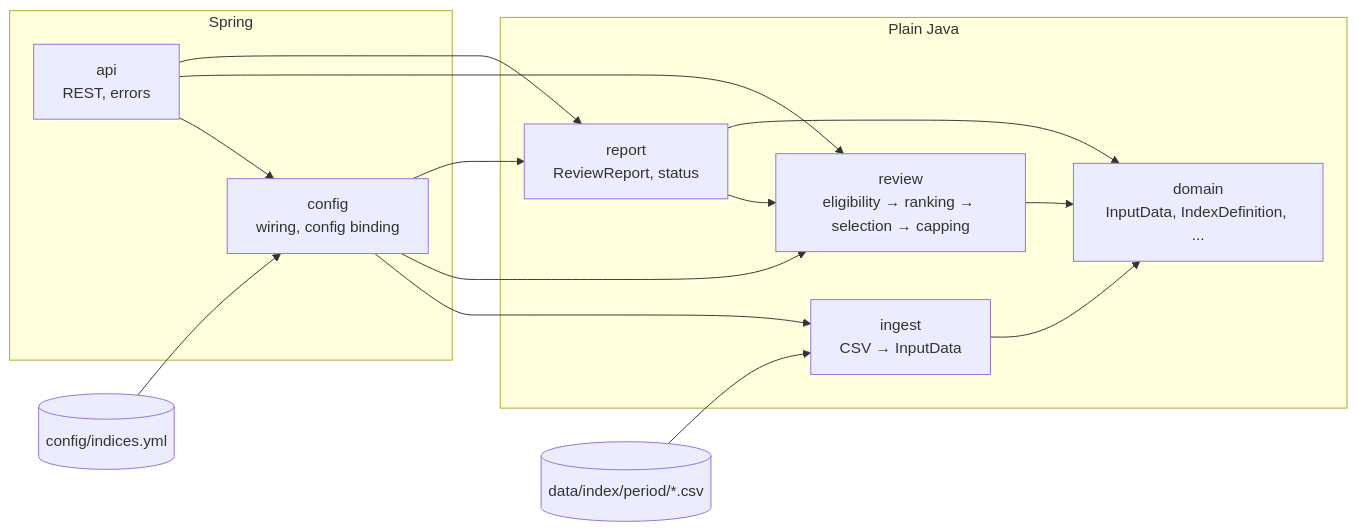
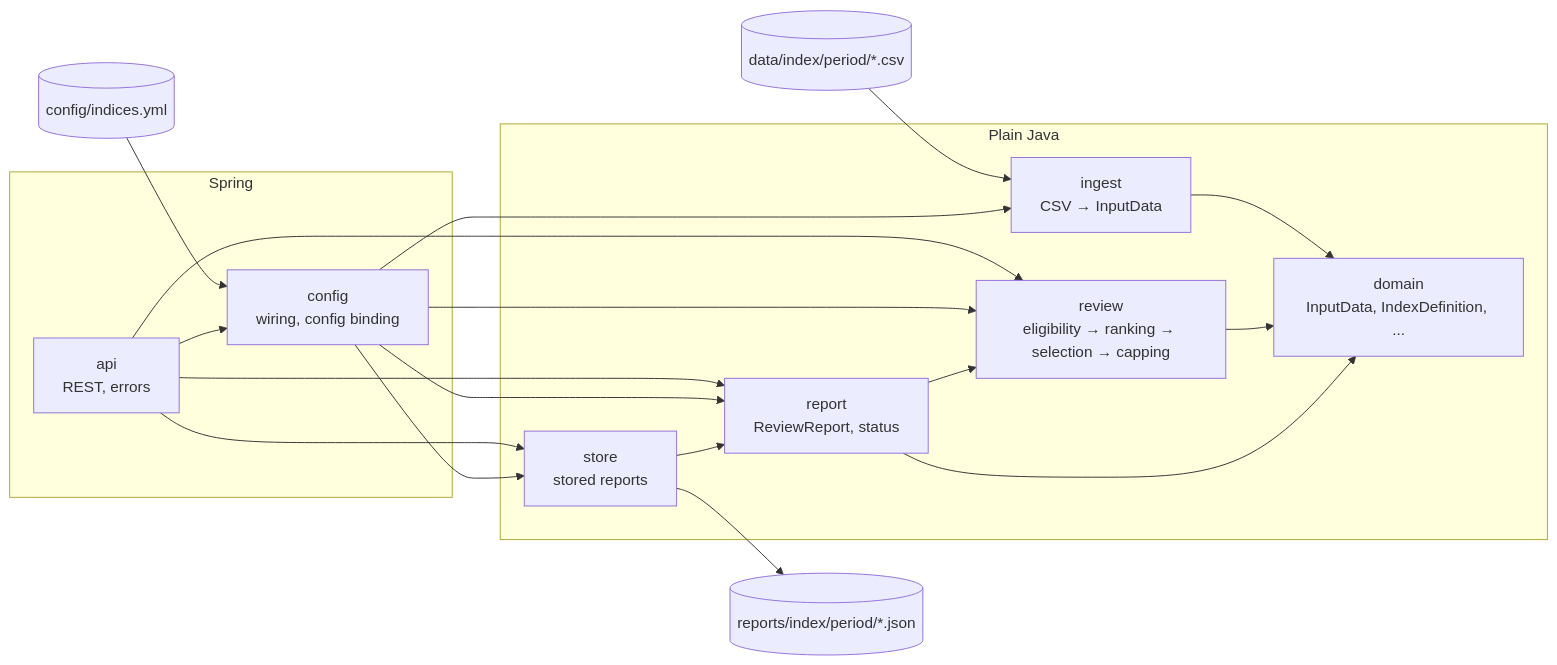
One commit to MarcMaetz/six-index changed the diagram in docs/DESIGN.md. Above: the diagram before and after it, drawn with Mermaid. The commit also changed other lines of this file and 4 other files, not shown here.

````diff
--- a/docs/DESIGN.md
+++ b/docs/DESIGN.md
@@ -19,25 +20,30 @@
 ```mermaid
 flowchart LR
     subgraph Spring
         api[api<br/>REST, errors]
         config[config<br/>wiring, config binding]
     end
     subgraph "Plain Java"
         ingest[ingest<br/>CSV → InputData]
         review[review<br/>eligibility → ranking → selection → capping]
         report[report<br/>ReviewReport, status]
+        store[store<br/>stored reports]
         domain[domain<br/>InputData, IndexDefinition, ...]
     end
     yml[(config/indices.yml)] --> config
     csv[(data/index/period/*.csv)] --> ingest
+    store --> json[(reports/index/period/*.json)]
     api --> config
     api --> review
     api --> report
+    api --> store
     config --> ingest
     config --> review
     config --> report
+    config --> store
+    store --> report
     report --> review
     ingest --> domain
     review --> domain
     report --> domain
 ```
````
